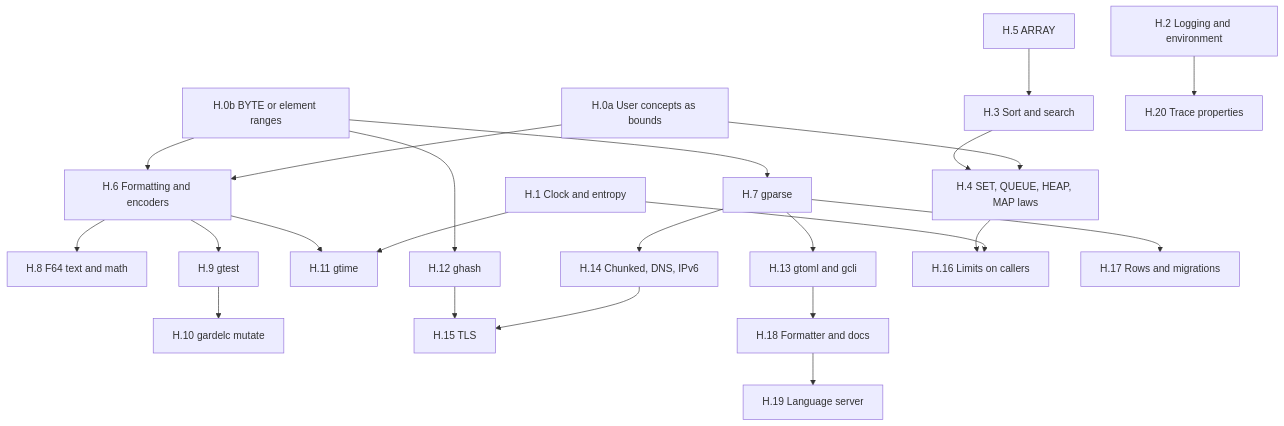
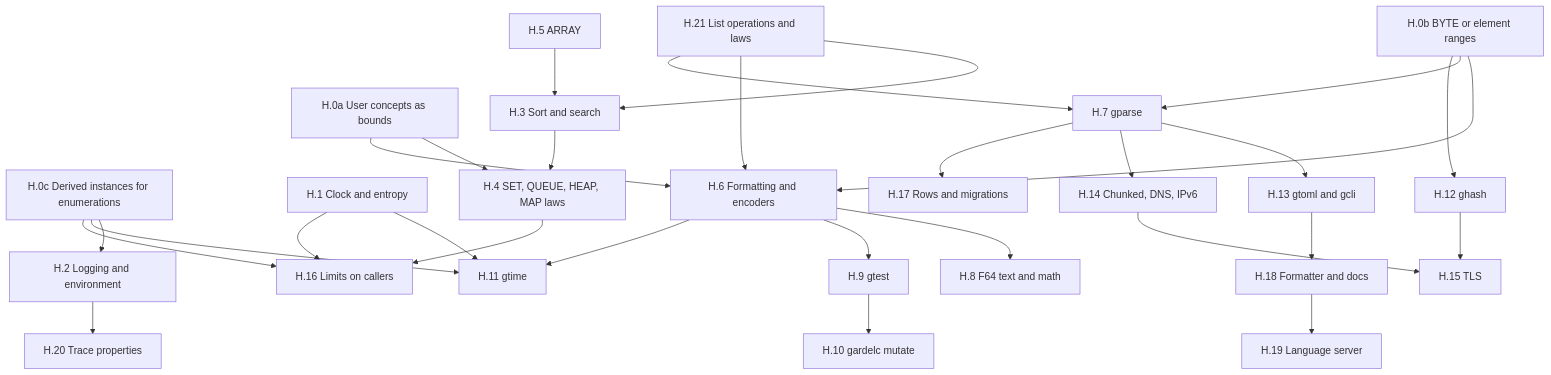
One commit to GardelPL/gardel changed the diagram in plan/libraries/library_essentials.md. Above: the diagram before and after it, drawn with Mermaid. The commit also changed other lines of this file and 3 other files, not shown here.

````diff
--- a/plan/libraries/library_essentials.md
+++ b/plan/libraries/library_essentials.md
@@ -51,43 +58,51 @@
 ```mermaid
 flowchart TD
     H0a["H.0a User concepts as bounds"]
     H0b["H.0b BYTE or element ranges"]
+    H0c["H.0c Derived instances for enumerations"]
+    H21["H.21 List operations and laws"]
     H1["H.1 Clock and entropy"]
     H2["H.2 Logging and environment"]
     H3["H.3 Sort and search"]
     H4["H.4 SET, QUEUE, HEAP, MAP laws"]
     H5["H.5 ARRAY"]
     H6["H.6 Formatting and encoders"]
     H7["H.7 gparse"]
     H8["H.8 F64 text and math"]
     H9["H.9 gtest"]
     H10["H.10 gardelc mutate"]
     H11["H.11 gtime"]
     H12["H.12 ghash"]
     H13["H.13 gtoml and gcli"]
     H14["H.14 Chunked, DNS, IPv6"]
     H15["H.15 TLS"]
     H16["H.16 Limits on callers"]
     H17["H.17 Rows and migrations"]
     H18["H.18 Formatter and docs"]
     H19["H.19 Language server"]
     H20["H.20 Trace properties"]
     H0a --> H4
     H0a --> H6
     H0b --> H6
     H0b --> H7
+    H0c --> H2
+    H0c --> H11
+    H0c --> H16
+    H21 --> H3
+    H21 --> H6
+    H21 --> H7
     H5 --> H3 --> H4
     H1 --> H11
     H1 --> H16
     H6 --> H8
     H6 --> H9 --> H10
     H6 --> H11
     H0b --> H12
     H7 --> H13
     H7 --> H14 --> H15
     H12 --> H15
     H4 --> H16
     H7 --> H17
     H13 --> H18 --> H19
     H2 --> H20
 ```
````
